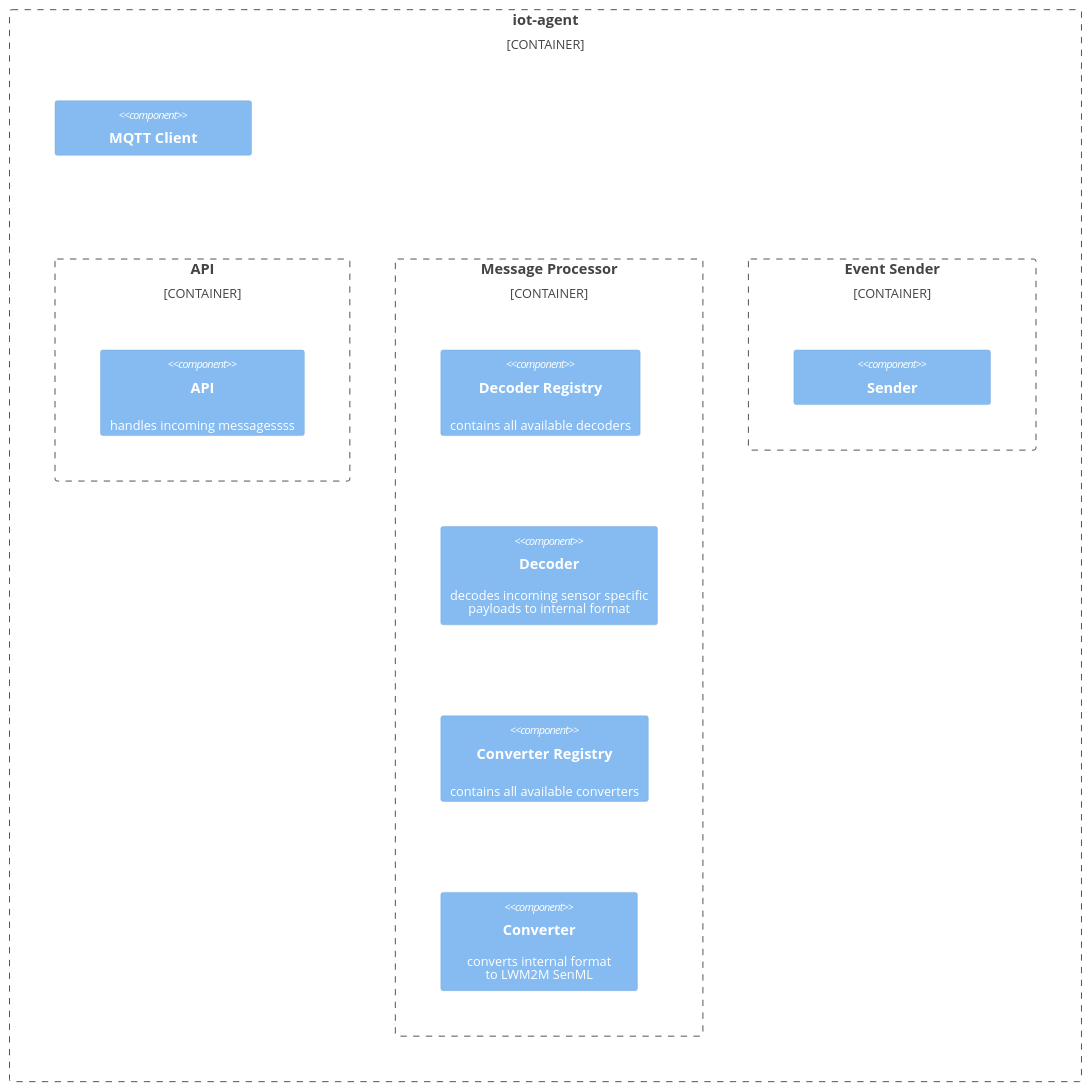
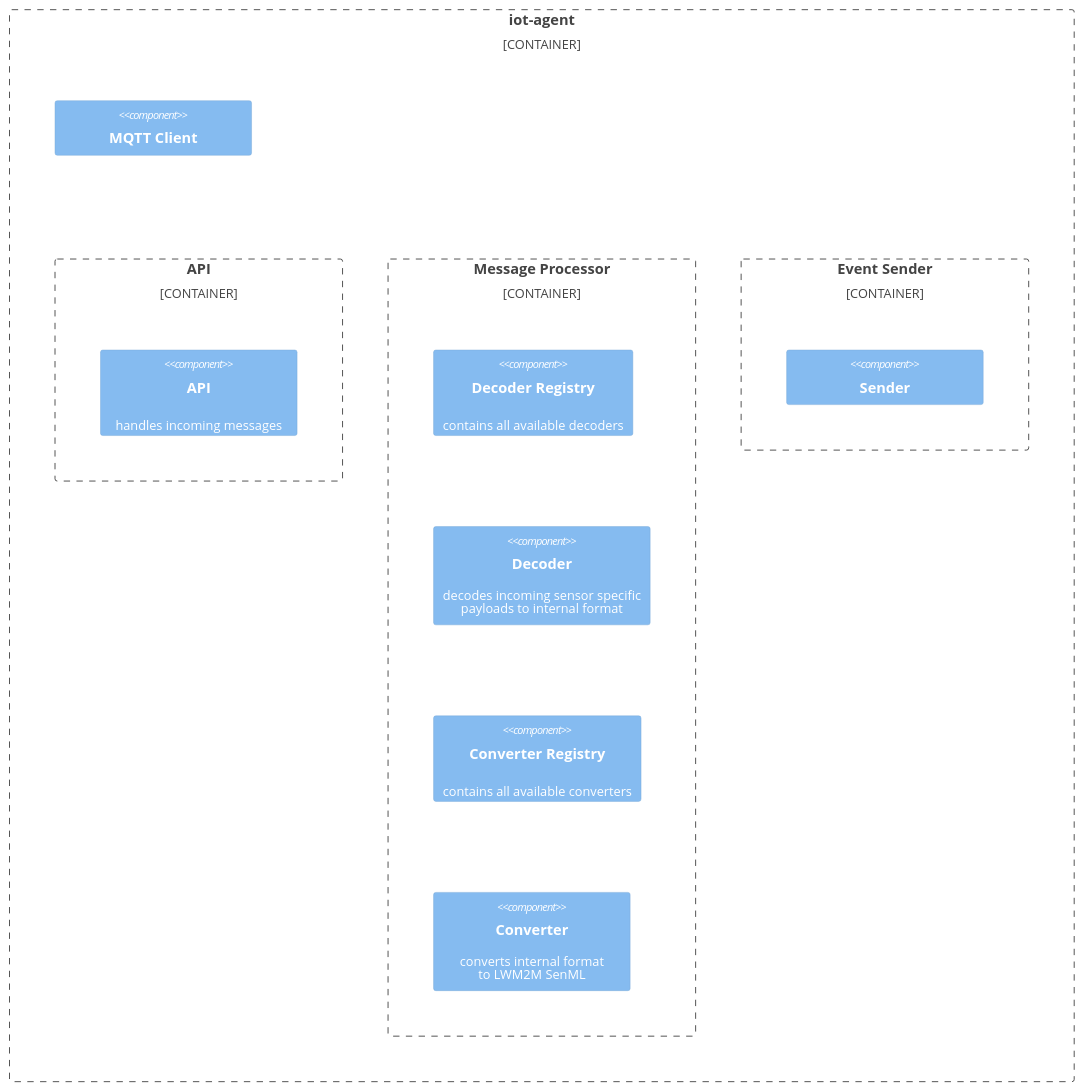
The diagram in site/content/services/iot-agent/_index.md (diwise/diwise.github.io), drawn with Mermaid before and after one commit. The commit also changed other lines of this file and 2 other files, not shown here.

Commit message:
added info about device mgmt, and more trace info for agent and core

```diff
--- a/site/content/services/iot-agent/_index.md
+++ b/site/content/services/iot-agent/_index.md
@@ -16,27 +16,27 @@
 {{< mermaid >}}
 C4Component
 
     Container_Boundary(b1, "iot-agent") {
 
         Container_Boundary(apib, "API") {
-            Component(api, "API", "", "handles incoming messagessss")
+            Component(api, "API", "", "handles incoming messages")
         }
 
         Container_Boundary(msgp, "Message Processor") {
             Component(decoderreg, "Decoder Registry", "", "contains all available decoders")
             Component(decoder, "Decoder", "", "decodes incoming sensor specific<br>payloads to internal format")
             Component(converterreg, "Converter Registry", "", "contains all available converters")
             Component(converter, "Converter", "", "converts internal format<br>to LWM2M SenML")
         }
 
         Container_Boundary(evts, "Event Sender") {
             Component(sender, "Sender")
         }
 
         Component(mqtt-client, "MQTT Client")
 
     }
 
     UpdateLayoutConfig($c4ShapeInRow="3", $c4BoundaryInRow="3")
 
 {{< /mermaid >}}
```
